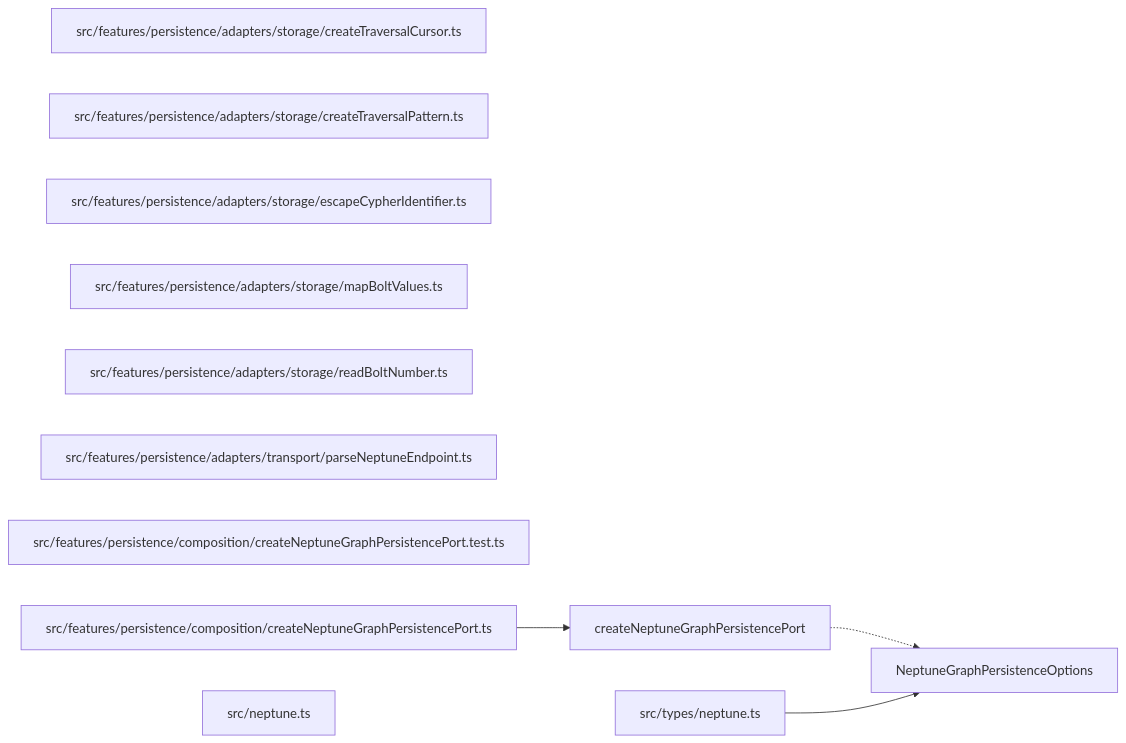
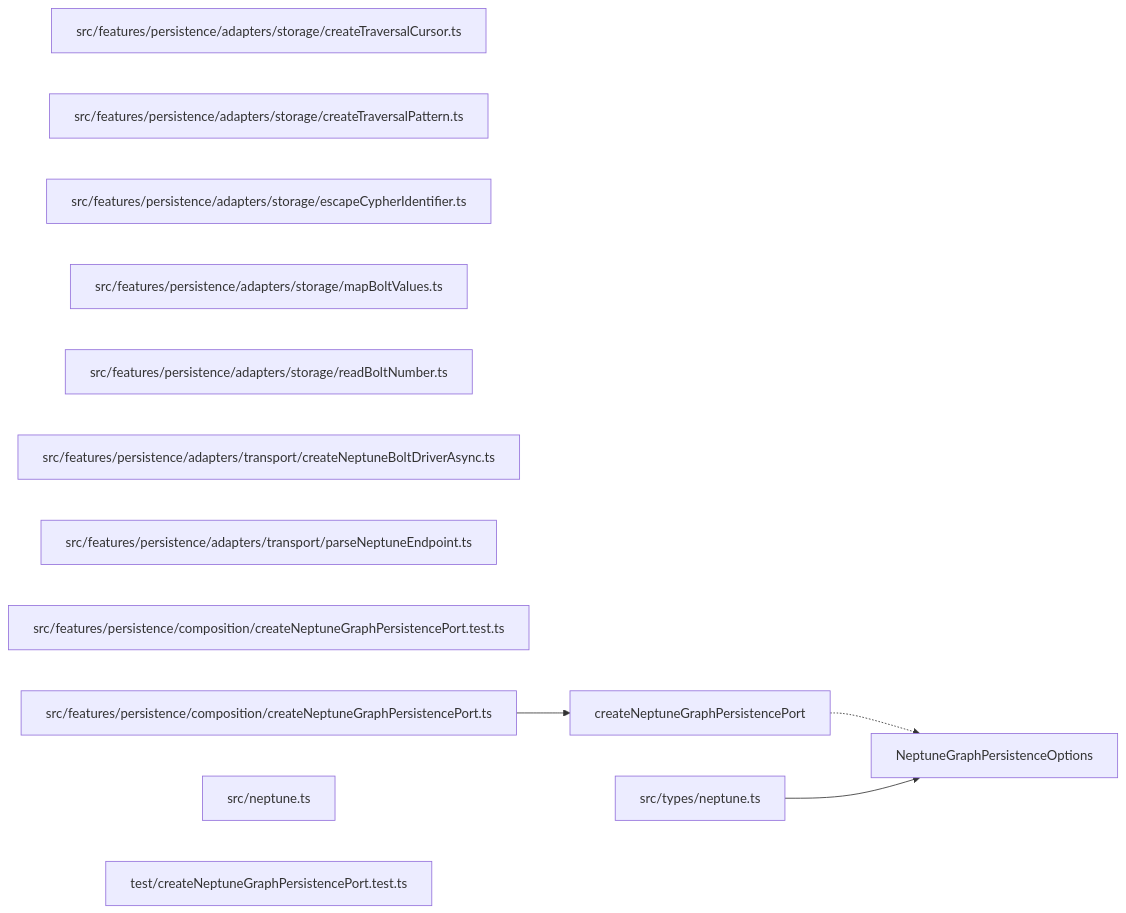
The diagram in paradox/diagrams/export-graph.mmd (ankhorage/graph-neptune), drawn with Mermaid before and after one commit. The commit also changed 11 other files, not shown here.

```diff
--- a/paradox/diagrams/export-graph.mmd
+++ b/paradox/diagrams/export-graph.mmd
@@ -1,16 +1,18 @@
 graph LR
   module_src_features_persistence_adapters_storage_createTraversalCursor_ts["src/features/persistence/adapters/storage/createTraversalCursor.ts"]
   module_src_features_persistence_adapters_storage_createTraversalPattern_ts["src/features/persistence/adapters/storage/createTraversalPattern.ts"]
   module_src_features_persistence_adapters_storage_escapeCypherIdentifier_ts["src/features/persistence/adapters/storage/escapeCypherIdentifier.ts"]
   module_src_features_persistence_adapters_storage_mapBoltValues_ts["src/features/persistence/adapters/storage/mapBoltValues.ts"]
   module_src_features_persistence_adapters_storage_readBoltNumber_ts["src/features/persistence/adapters/storage/readBoltNumber.ts"]
+  module_src_features_persistence_adapters_transport_createNeptuneBoltDriverAsync_ts["src/features/persistence/adapters/transport/createNeptuneBoltDriverAsync.ts"]
   module_src_features_persistence_adapters_transport_parseNeptuneEndpoint_ts["src/features/persistence/adapters/transport/parseNeptuneEndpoint.ts"]
   module_src_features_persistence_composition_createNeptuneGraphPersistencePort_test_ts["src/features/persistence/composition/createNeptuneGraphPersistencePort.test.ts"]
   module_src_features_persistence_composition_createNeptuneGraphPersistencePort_ts["src/features/persistence/composition/createNeptuneGraphPersistencePort.ts"]
   module_src_neptune_ts["src/neptune.ts"]
   module_src_types_neptune_ts["src/types/neptune.ts"]
+  module_test_createNeptuneGraphPersistencePort_test_ts["test/createNeptuneGraphPersistencePort.test.ts"]
   export_createNeptuneGraphPersistencePort["createNeptuneGraphPersistencePort"]
   module_src_features_persistence_composition_createNeptuneGraphPersistencePort_ts --> export_createNeptuneGraphPersistencePort
   export_createNeptuneGraphPersistencePort -.-> export_NeptuneGraphPersistenceOptions
   export_NeptuneGraphPersistenceOptions["NeptuneGraphPersistenceOptions"]
   module_src_types_neptune_ts --> export_NeptuneGraphPersistenceOptions
```
